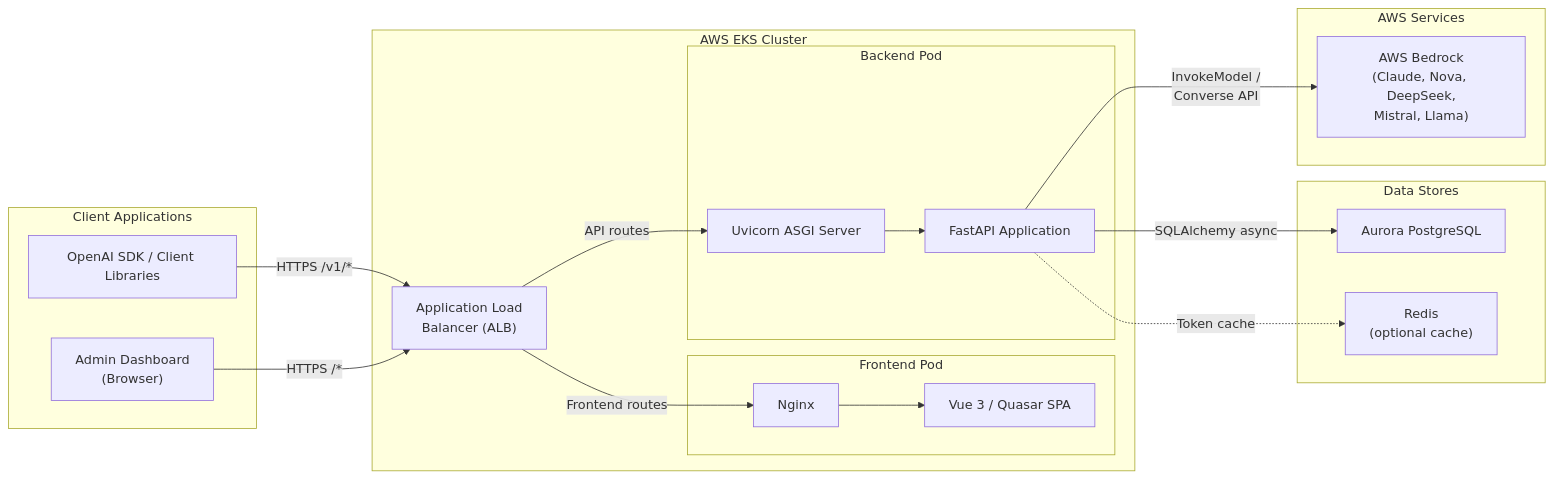
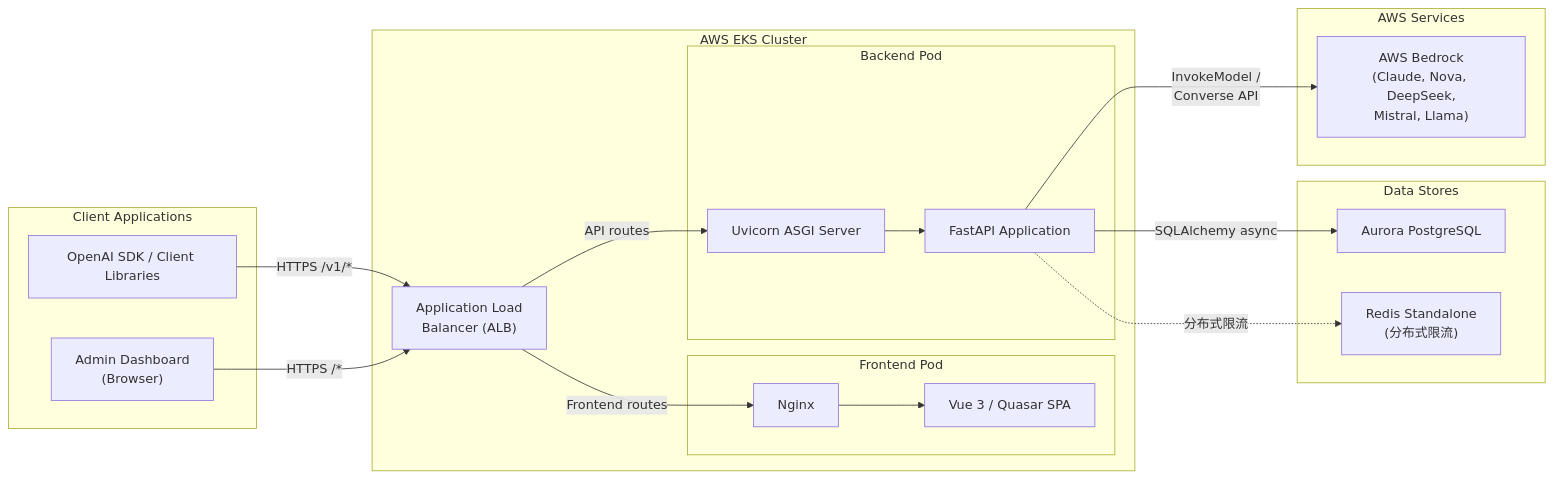
The first of 9 diagrams in docs/architecture.zh.md (aws-samples/sample-kolya-br-proxy), drawn with Mermaid before and after one commit. The commit also changed other lines of this file and 45 other files, not shown here.

````diff
--- a/docs/architecture.zh.md
+++ b/docs/architecture.zh.md
@@ -24,40 +24,40 @@
 ```mermaid
 graph LR
     subgraph Clients ["Client Applications"]
         OAI["OpenAI SDK / Client Libraries"]
         Browser["Admin Dashboard<br/>(Browser)"]
     end
 
     subgraph AWS_EKS ["AWS EKS Cluster"]
         subgraph Frontend_Pod ["Frontend Pod"]
             Nginx["Nginx"]
             Vue["Vue 3 / Quasar SPA"]
         end
 
         subgraph Backend_Pod ["Backend Pod"]
             Uvicorn["Uvicorn ASGI Server"]
             FastAPI["FastAPI Application"]
         end
 
         ALB["Application Load<br/>Balancer (ALB)"]
     end
 
     subgraph Data_Stores ["Data Stores"]
         PG["Aurora PostgreSQL"]
-        Redis["Redis<br/>(optional cache)"]
+        Redis["Redis Standalone<br/>(分布式限流)"]
     end
 
     subgraph AWS_Services ["AWS Services"]
         Bedrock["AWS Bedrock<br/>(Claude, Nova, DeepSeek,<br/>Mistral, Llama)"]
     end
 
     OAI -->|"HTTPS /v1/*"| ALB
     Browser -->|"HTTPS /*"| ALB
     ALB -->|"Frontend routes"| Nginx
     ALB -->|"API routes"| Uvicorn
     Nginx --> Vue
     Uvicorn --> FastAPI
     FastAPI -->|"InvokeModel /<br/>Converse API"| Bedrock
     FastAPI -->|"SQLAlchemy async"| PG
-    FastAPI -.->|"Token cache"| Redis
+    FastAPI -.->|"分布式限流"| Redis
 ```
````
